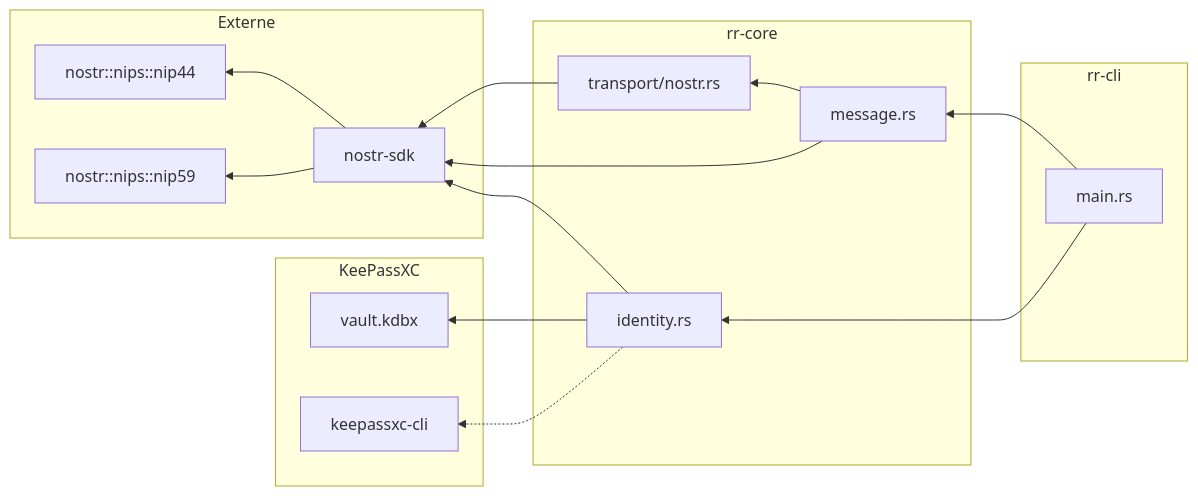
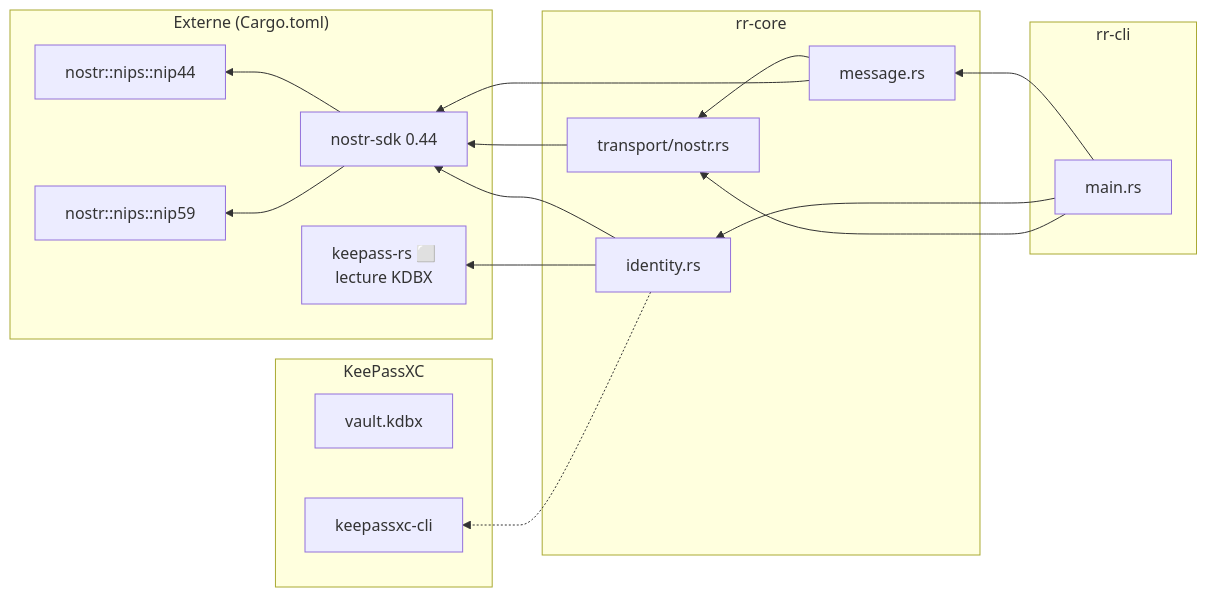
Before and after one commit to giak/reseau-racine: diagram 12 of 13 in docs/ARCHITECTURE.md, drawn with Mermaid. The commit also changed other lines of this file, not shown here.

Commit message:
docs: full ARCHITECTURE.md — all epics, CI, devcontainer, fuzz, identity lifecycle

````diff
--- a/docs/ARCHITECTURE.md
+++ b/docs/ARCHITECTURE.md
@@ -169,34 +412,36 @@
 ```mermaid
 graph RL
-    subgraph rr_cli["rr-cli"]
+    subgraph RR_CLI["rr-cli"]
         MAIN["main.rs"]
     end
 
-    subgraph rr_core["rr-core"]
+    subgraph RR_CORE["rr-core"]
         IDENTITY["identity.rs"]
         MESSAGE["message.rs"]
         TRANSPORT["transport/nostr.rs"]
     end
 
-    subgraph external["Externe"]
-        NS["nostr-sdk"]
+    subgraph EXTERNAL["Externe (Cargo.toml)"]
+        NS["nostr-sdk 0.44"]
         N44["nostr::nips::nip44"]
         N59["nostr::nips::nip59"]
+        KP["keepass-rs ⬜<br/>lecture KDBX"]
     end
 
-    subgraph keychain["KeePassXC"]
+    subgraph KEYCHAIN["KeePassXC"]
         KDBX["vault.kdbx"]
-        CLI_XC["keepassxc-cli"]
+        CLI_XC_EXT["keepassxc-cli"]
     end
 
     MAIN --> MESSAGE
     MAIN --> IDENTITY
+    MAIN --> TRANSPORT
     MESSAGE --> TRANSPORT
     MESSAGE --> NS
     IDENTITY --> NS
     TRANSPORT --> NS
     NS --> N44
     NS --> N59
-    IDENTITY --> KDBX
-    IDENTITY -.-> CLI_XC
+    IDENTITY --> KP
+    IDENTITY -.-> CLI_XC_EXT
 ```
````
